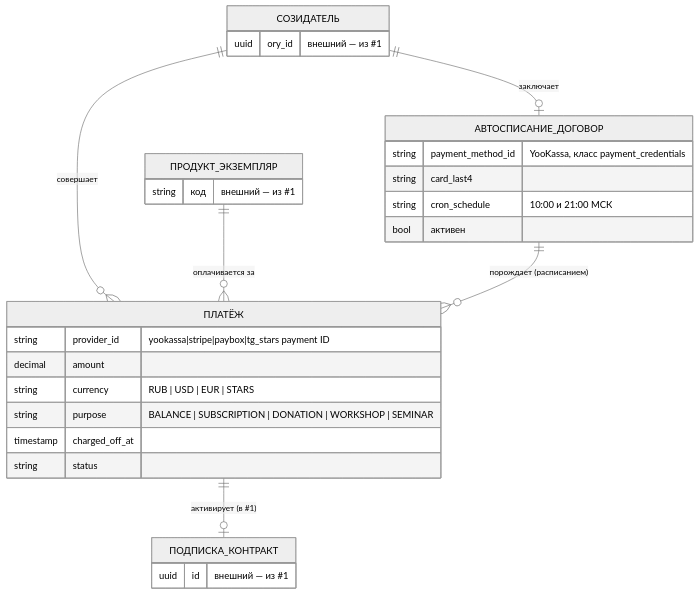
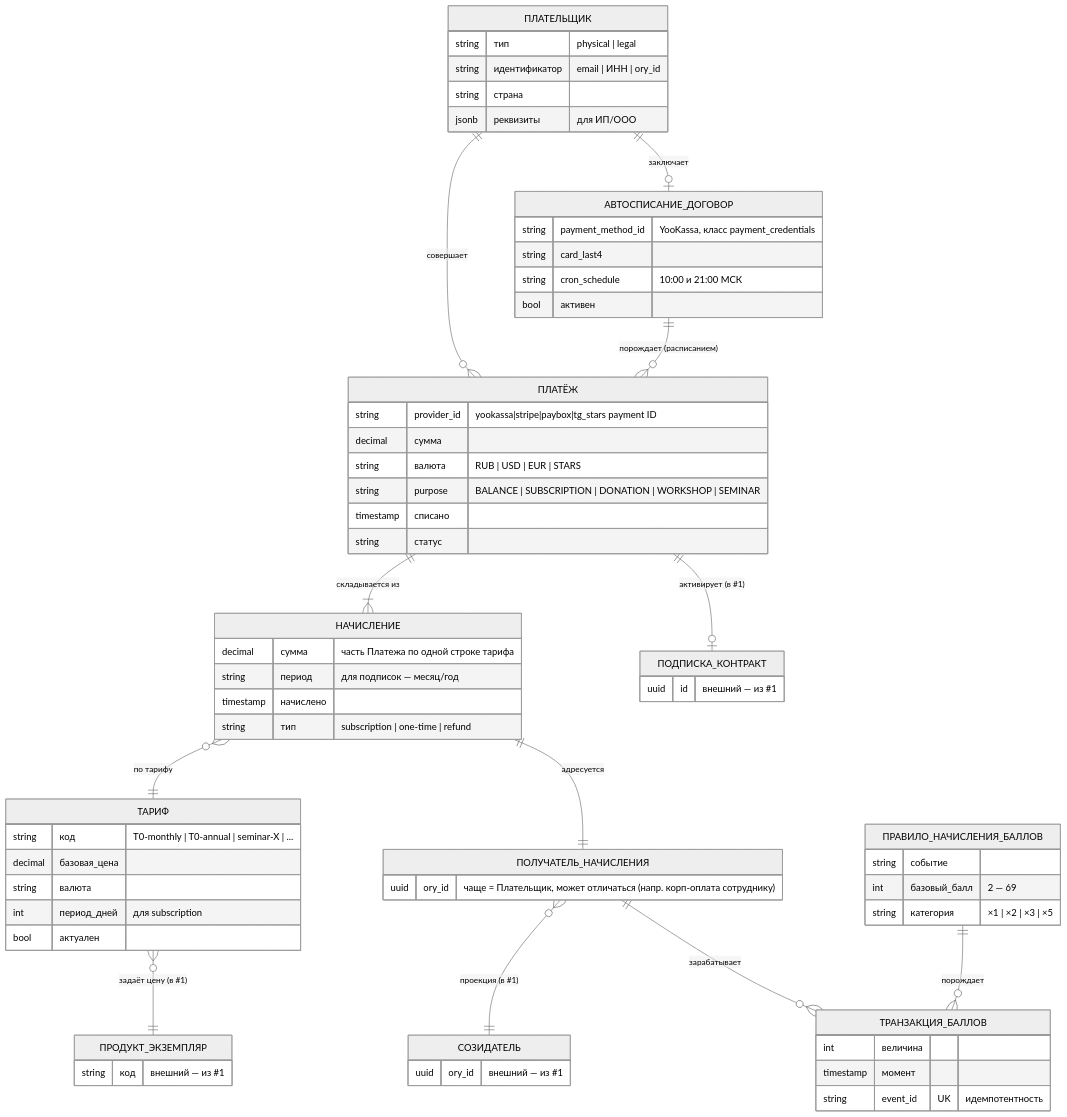
The sixth of 15 diagrams in pack/digital-platform/02-domain-entities/DP.ARCH.004-neon-data-architecture.md (TserenTserenov/PACK-digital-platform), drawn with Mermaid (neutral theme) before and after one commit. The commit also changed other lines of this file and 2 other files, not shown here.

````diff
--- a/pack/digital-platform/02-domain-entities/DP.ARCH.004-neon-data-architecture.md
+++ b/pack/digital-platform/02-domain-entities/DP.ARCH.004-neon-data-architecture.md
@@ -412,32 +476,70 @@
 ```mermaid
 erDiagram
-    СОЗИДАТЕЛЬ ||--o{ ПЛАТЁЖ : "совершает"
-    СОЗИДАТЕЛЬ ||--o| АВТОСПИСАНИЕ_ДОГОВОР : "заключает"
-    ПРОДУКТ_ЭКЗЕМПЛЯР ||--o{ ПЛАТЁЖ : "оплачивается за"
+    ПЛАТЕЛЬЩИК ||--o{ ПЛАТЁЖ : "совершает"
+    ПЛАТЕЛЬЩИК ||--o| АВТОСПИСАНИЕ_ДОГОВОР : "заключает"
+    ПЛАТЁЖ ||--|{ НАЧИСЛЕНИЕ : "складывается из"
+    НАЧИСЛЕНИЕ }o--|| ТАРИФ : "по тарифу"
+    НАЧИСЛЕНИЕ ||--|| ПОЛУЧАТЕЛЬ_НАЧИСЛЕНИЯ : "адресуется"
+    ПОЛУЧАТЕЛЬ_НАЧИСЛЕНИЯ }o--|| СОЗИДАТЕЛЬ : "проекция (в #1)"
+    ТАРИФ }o--|| ПРОДУКТ_ЭКЗЕМПЛЯР : "задаёт цену (в #1)"
     АВТОСПИСАНИЕ_ДОГОВОР ||--o{ ПЛАТЁЖ : "порождает (расписанием)"
     ПЛАТЁЖ ||--o| ПОДПИСКА_КОНТРАКТ : "активирует (в #1)"
+    ПОЛУЧАТЕЛЬ_НАЧИСЛЕНИЯ ||--o{ ТРАНЗАКЦИЯ_БАЛЛОВ : "зарабатывает"
+    ПРАВИЛО_НАЧИСЛЕНИЯ_БАЛЛОВ ||--o{ ТРАНЗАКЦИЯ_БАЛЛОВ : "порождает"
 
     СОЗИДАТЕЛЬ {
         uuid ory_id "внешний — из #1"
     }
     ПРОДУКТ_ЭКЗЕМПЛЯР {
         string код "внешний — из #1"
     }
     ПОДПИСКА_КОНТРАКТ {
         uuid id "внешний — из #1"
     }
+    ПЛАТЕЛЬЩИК {
+        string тип "physical | legal"
+        string идентификатор "email | ИНН | ory_id"
+        string страна
+        jsonb реквизиты "для ИП/ООО"
+    }
     ПЛАТЁЖ {
         string provider_id "yookassa|stripe|paybox|tg_stars payment ID"
-        decimal amount
-        string currency "RUB | USD | EUR | STARS"
+        decimal сумма
+        string валюта "RUB | USD | EUR | STARS"
         string purpose "BALANCE | SUBSCRIPTION | DONATION | WORKSHOP | SEMINAR"
-        timestamp charged_off_at
-        string status
+        timestamp списано
+        string статус
+    }
+    НАЧИСЛЕНИЕ {
+        decimal сумма "часть Платежа по одной строке тарифа"
+        string период "для подписок — месяц/год"
+        timestamp начислено
+        string тип "subscription | one-time | refund"
+    }
+    ПОЛУЧАТЕЛЬ_НАЧИСЛЕНИЯ {
+        uuid ory_id "чаще = Плательщик, может отличаться (напр. корп-оплата сотруднику)"
+    }
+    ТАРИФ {
+        string код "T0-monthly | T0-annual | seminar-X | ..."
+        decimal базовая_цена
+        string валюта
+        int период_дней "для subscription"
+        bool актуален
     }
     АВТОСПИСАНИЕ_ДОГОВОР {
         string payment_method_id "YooKassa, класс payment_credentials"
         string card_last4
         string cron_schedule "10:00 и 21:00 МСК"
         bool активен
     }
+    ПРАВИЛО_НАЧИСЛЕНИЯ_БАЛЛОВ {
+        string событие
+        int базовый_балл "2 — 69"
+        string категория "×1 | ×2 | ×3 | ×5"
+    }
+    ТРАНЗАКЦИЯ_БАЛЛОВ {
+        int величина
+        timestamp момент
+        string event_id UK "идемпотентность"
+    }
 ```
````
